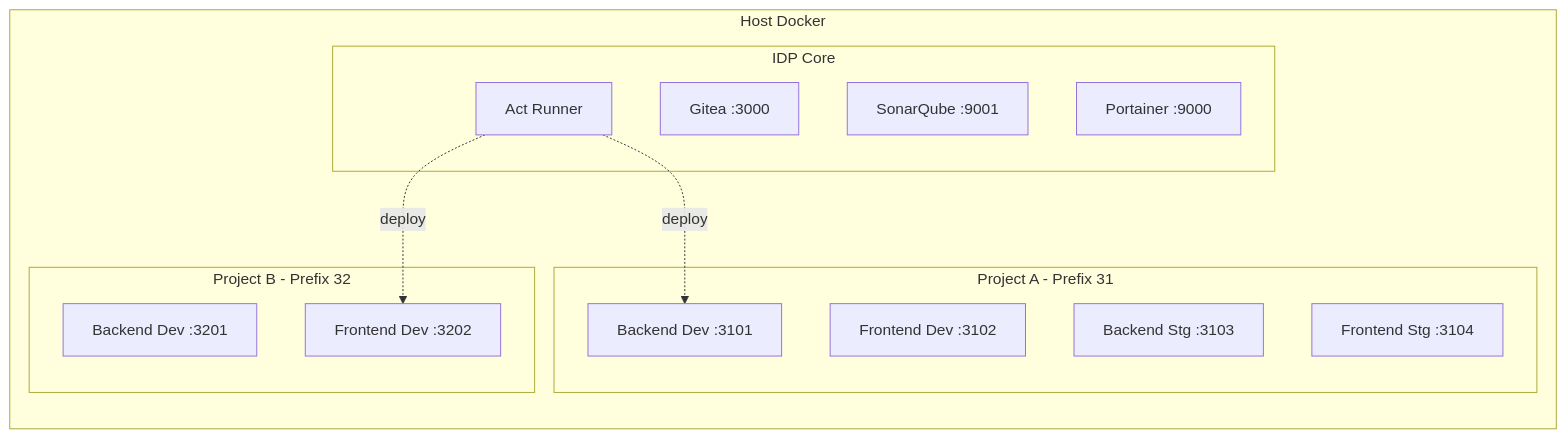
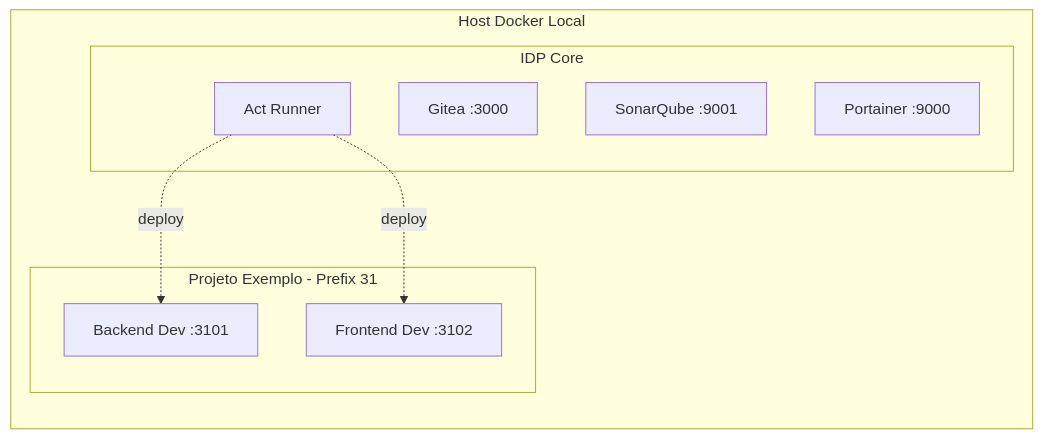
The diagram in README.md (teilorbarcelos/infra-project), drawn with Mermaid before and after one commit. The commit also changed other lines of this file, not shown here.

````diff
--- a/README.md
+++ b/README.md
@@ -63,29 +118,21 @@
 ```mermaid
 graph TD
-    subgraph Host Docker
+    subgraph Host Docker Local
         direction TB
         
         subgraph IDP Core
             GT[Gitea :3000]
             GR[Act Runner]
             SQ[SonarQube :9001]
             PT[Portainer :9000]
         end
         
-        subgraph Project A - Prefix 31
+        subgraph Projeto Exemplo - Prefix 31
             A_DEV_B[Backend Dev :3101]
             A_DEV_F[Frontend Dev :3102]
-            
-            A_STG_B[Backend Stg :3103]
-            A_STG_F[Frontend Stg :3104]
-        end
-        
-        subgraph Project B - Prefix 32
-            B_DEV_B[Backend Dev :3201]
-            B_DEV_F[Frontend Dev :3202]
         end
     end
     
     GR -.deploy.-> A_DEV_B
-    GR -.deploy.-> B_DEV_F
+    GR -.deploy.-> A_DEV_F
 ```
````
